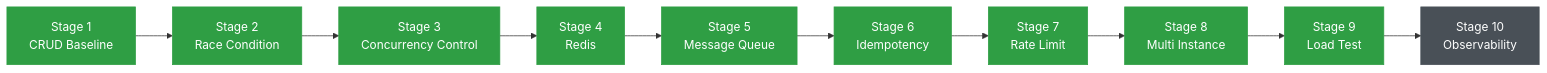
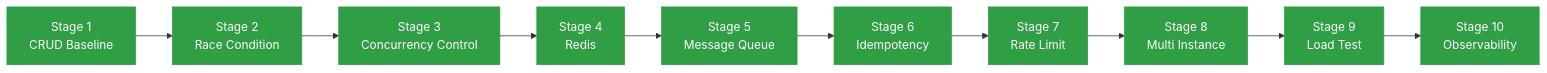
One commit to kaikaizhen/High-Concurrency-Flash-Sale-System changed the first of 8 diagrams in README.md. Above: the diagram before and after it, drawn with Mermaid. The commit also changed other lines of this file and 22 other files, not shown here.

````diff
--- a/README.md
+++ b/README.md
@@ -31,17 +31,15 @@
 ```mermaid
 flowchart LR
     S1["Stage 1<br/>CRUD Baseline"] --> S2["Stage 2<br/>Race Condition"]
     S2 --> S3["Stage 3<br/>Concurrency Control"]
     S3 --> S4["Stage 4<br/>Redis"]
     S4 --> S5["Stage 5<br/>Message Queue"]
     S5 --> S6["Stage 6<br/>Idempotency"]
     S6 --> S7["Stage 7<br/>Rate Limit"]
     S7 --> S8["Stage 8<br/>Multi Instance"]
     S8 --> S9["Stage 9<br/>Load Test"]
     S9 --> S10["Stage 10<br/>Observability"]
 
     classDef done fill:#2f9e44,stroke:#2f9e44,color:#fff
-    classDef todo fill:#495057,stroke:#495057,color:#fff
-    class S1,S2,S3,S4,S5,S6,S7,S8,S9 done
-    class S10 todo
+    class S1,S2,S3,S4,S5,S6,S7,S8,S9,S10 done
 ```
````
